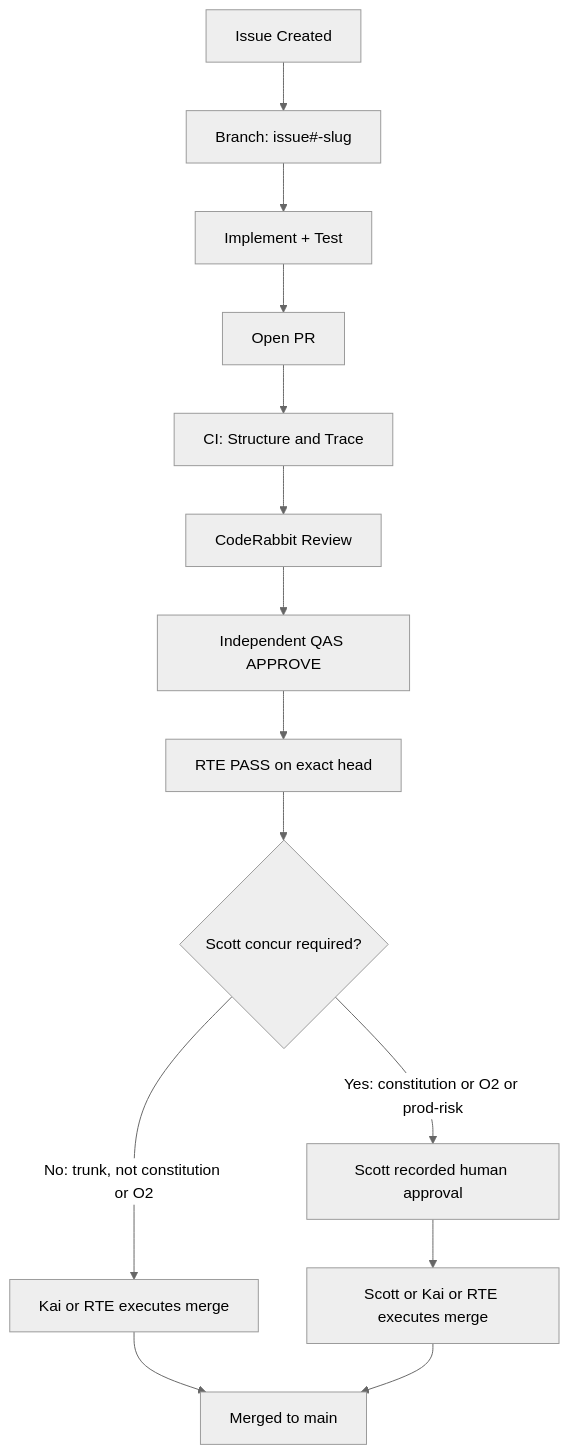
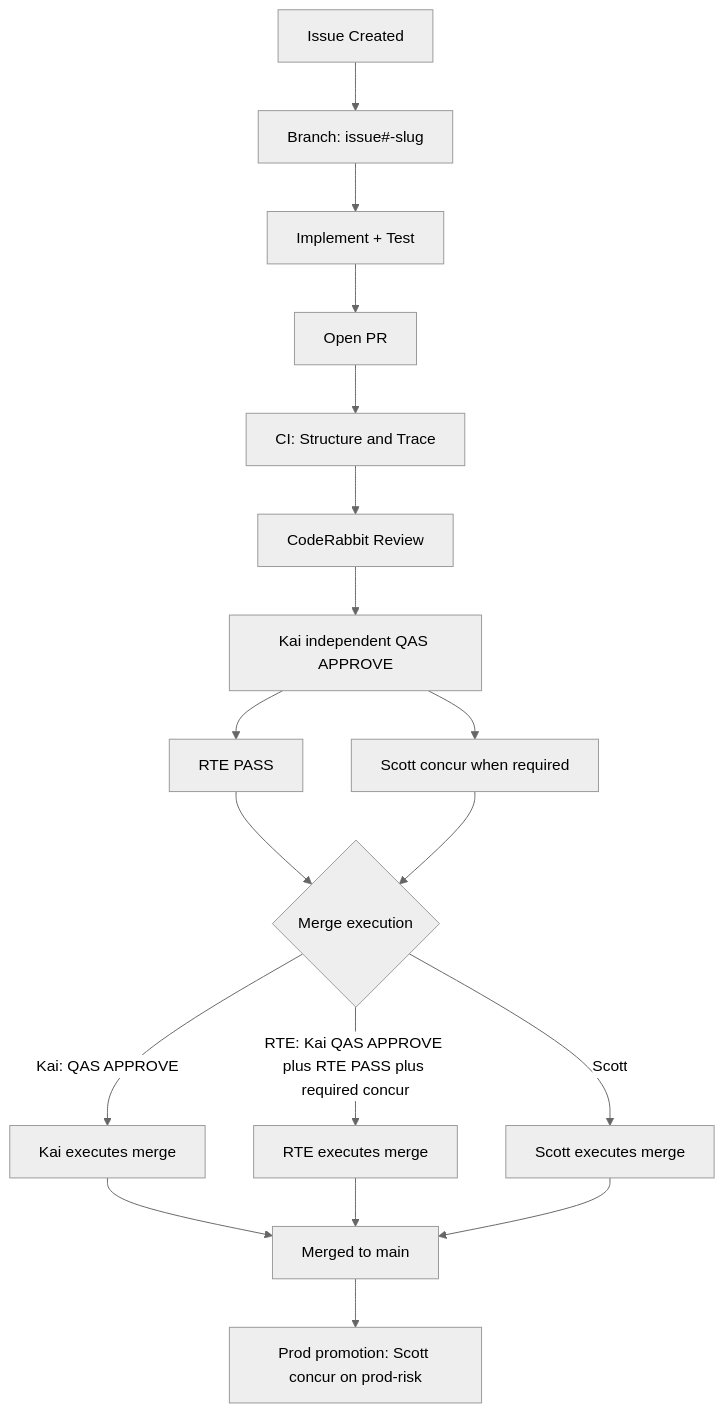
Before and after one commit to bybren-llc/safe-harness: the diagram in README.md, drawn with Mermaid (neutral theme). The commit also changed other lines of this file and 3 other files, not shown here.

Commit message:
docs: parallel gates, shared prod-risk text, RTE PASS plus concur

````diff
--- a/README.md
+++ b/README.md
@@ -83,16 +83,20 @@
 ```mermaid
 graph TD
     A[Issue Created] --> B[Branch: issue#-slug]
     B --> C[Implement + Test]
     C --> D[Open PR]
     D --> E[CI: Structure and Trace]
     E --> F[CodeRabbit Review]
-    F --> G[Independent QAS APPROVE]
-    G --> H[RTE PASS on exact head]
-    H --> I{Scott concur required?}
-    I -->|No: trunk, not constitution or O2| J[Kai or RTE executes merge]
-    I -->|Yes: constitution or O2 or prod-risk| K[Scott recorded human approval]
-    K --> L[Scott or Kai or RTE executes merge]
-    J --> M[Merged to main]
+    F --> G[Kai independent QAS APPROVE]
+    G --> H[RTE PASS]
+    G --> I[Scott concur when required]
+    H --> J{Merge execution}
+    I --> J
+    J -->|Kai: QAS APPROVE| K[Kai executes merge]
+    J -->|RTE: Kai QAS APPROVE plus RTE PASS plus required concur| L[RTE executes merge]
+    J -->|Scott| S[Scott executes merge]
+    K --> M[Merged to main]
     L --> M
+    S --> M
+    M --> P[Prod promotion: Scott concur on prod-risk]
 ```
````
